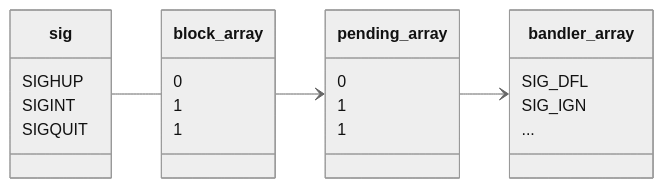
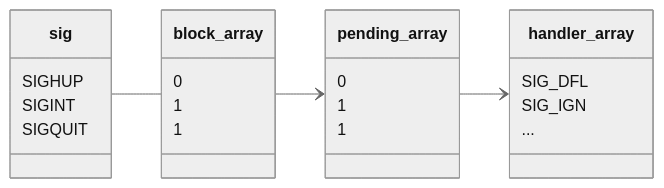
The diagram in Linux_System_Note/017+limou+2023_12_19+Linux的进程信号.md (xiaogithubooo/LimouLearnNote), drawn with Mermaid (neutral theme) before and after one commit. The commit also changed other lines of this file, not shown here.

````diff
--- a/Linux_System_Note/017+limou+2023_12_19+Linux的进程信号.md
+++ b/Linux_System_Note/017+limou+2023_12_19+Linux的进程信号.md
@@ -525,27 +525,27 @@
 ```mermaid
 classDiagram
   	direction LR
     class sig {
 		SIGHUP
 		SIGINT
 		SIGQUIT
     }
     class block_array {
 		0
 		1
 		1
     }
     class pending_array {
 		0
 		1
 		1
     }
-    class bandler_array {
+    class handler_array {
 		SIG_DFL
 		SIG_IGN
 		...
     }
     sig -- block_array    
     block_array --> pending_array
-    pending_array --> bandler_array
+    pending_array --> handler_array
 ```
````
